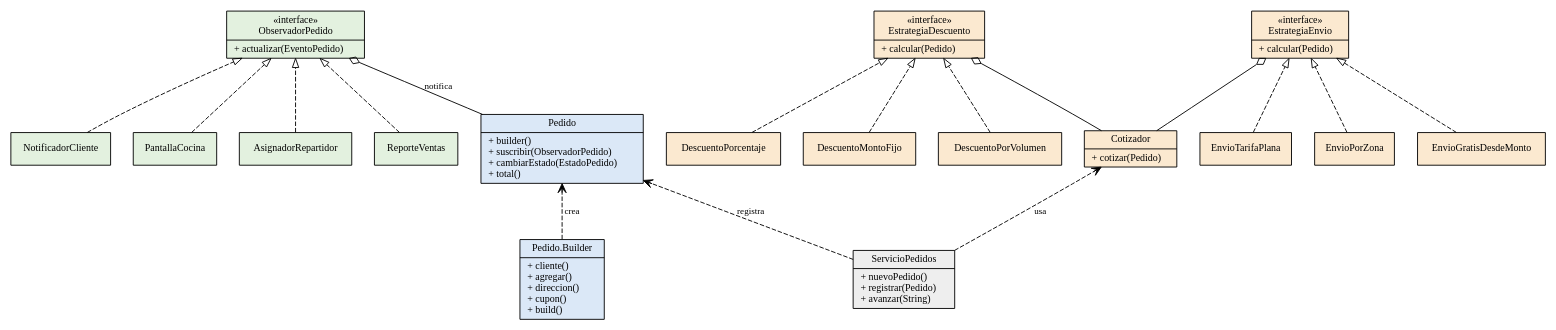
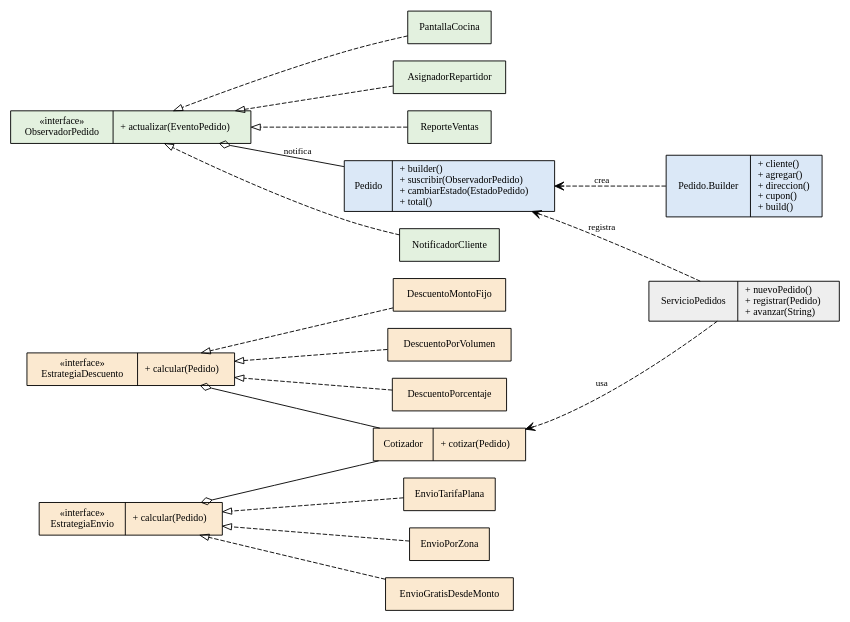
Before and after one commit to Maxtro2002/pedidos-domicilio-patrones: the diagram in docs/clases.dot, drawn with Graphviz. The commit also changed 1 other file, not shown here.

Commit message:
docs: diagrama de clases más compacto

```diff
--- a/docs/clases.dot
+++ b/docs/clases.dot
@@ -1,35 +1,35 @@
 digraph G {
-  rankdir=BT; fontname="Times New Roman"; nodesep=0.35; ranksep=0.7;
+  rankdir=RL; fontname="Times New Roman"; nodesep=0.25; ranksep=0.9;
   node [shape=record, fontname="Times New Roman", fontsize=11, style=filled, fillcolor="#ffffff"];
   edge [fontname="Times New Roman", fontsize=10];
 
   ServicioPedidos [label="{ServicioPedidos|+ nuevoPedido()\l+ registrar(Pedido)\l+ avanzar(String)\l}", fillcolor="#eeeeee"];
   Pedido [label="{Pedido|+ builder()\l+ suscribir(ObservadorPedido)\l+ cambiarEstado(EstadoPedido)\l+ total()\l}", fillcolor="#dbe8f7"];
   Builder [label="{Pedido.Builder|+ cliente()\l+ agregar()\l+ direccion()\l+ cupon()\l+ build()\l}", fillcolor="#dbe8f7"];
 
   Obs [label="{«interface»\nObservadorPedido|+ actualizar(EventoPedido)\l}", fillcolor="#e3f1df"];
   N [label="{NotificadorCliente}", fillcolor="#e3f1df"];
   C [label="{PantallaCocina}", fillcolor="#e3f1df"];
   A [label="{AsignadorRepartidor}", fillcolor="#e3f1df"];
   R [label="{ReporteVentas}", fillcolor="#e3f1df"];
 
   Cot [label="{Cotizador|+ cotizar(Pedido)\l}", fillcolor="#fbe9d0"];
   ED [label="{«interface»\nEstrategiaDescuento|+ calcular(Pedido)\l}", fillcolor="#fbe9d0"];
   EE [label="{«interface»\nEstrategiaEnvio|+ calcular(Pedido)\l}", fillcolor="#fbe9d0"];
   D1 [label="{DescuentoPorcentaje}", fillcolor="#fbe9d0"];
   D2 [label="{DescuentoMontoFijo}", fillcolor="#fbe9d0"];
   D3 [label="{DescuentoPorVolumen}", fillcolor="#fbe9d0"];
   E1 [label="{EnvioTarifaPlana}", fillcolor="#fbe9d0"];
   E2 [label="{EnvioPorZona}", fillcolor="#fbe9d0"];
   E3 [label="{EnvioGratisDesdeMonto}", fillcolor="#fbe9d0"];
 
   N -> Obs [arrowhead=empty, style=dashed]; C -> Obs [arrowhead=empty, style=dashed];
   A -> Obs [arrowhead=empty, style=dashed]; R -> Obs [arrowhead=empty, style=dashed];
   D1 -> ED [arrowhead=empty, style=dashed]; D2 -> ED [arrowhead=empty, style=dashed]; D3 -> ED [arrowhead=empty, style=dashed];
   E1 -> EE [arrowhead=empty, style=dashed]; E2 -> EE [arrowhead=empty, style=dashed]; E3 -> EE [arrowhead=empty, style=dashed];
   Pedido -> Obs [arrowhead=odiamond, label=" notifica"];
   Builder -> Pedido [arrowhead=open, style=dashed, label=" crea"];
   Cot -> ED [arrowhead=odiamond]; Cot -> EE [arrowhead=odiamond];
   ServicioPedidos -> Cot [arrowhead=open, style=dashed, label=" usa"];
   ServicioPedidos -> Pedido [arrowhead=open, style=dashed, label=" registra"];
 }
```
